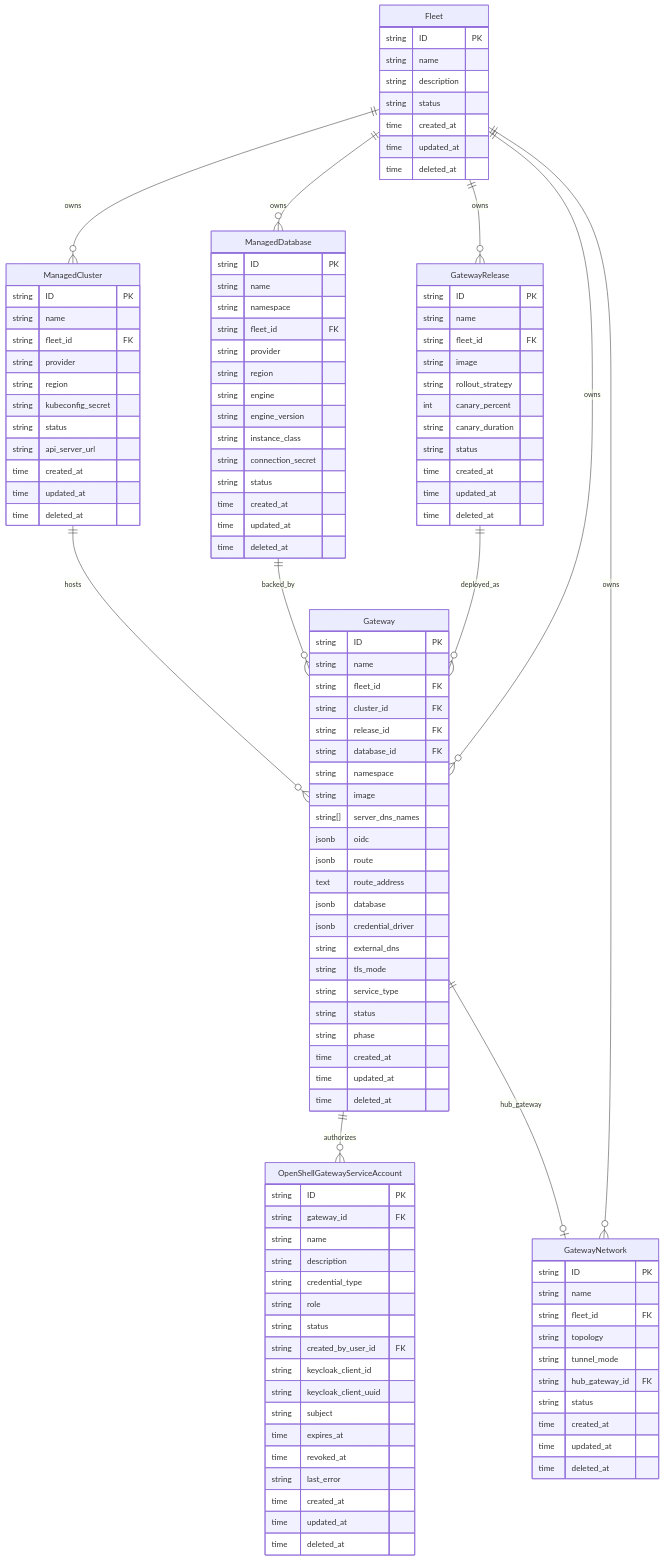
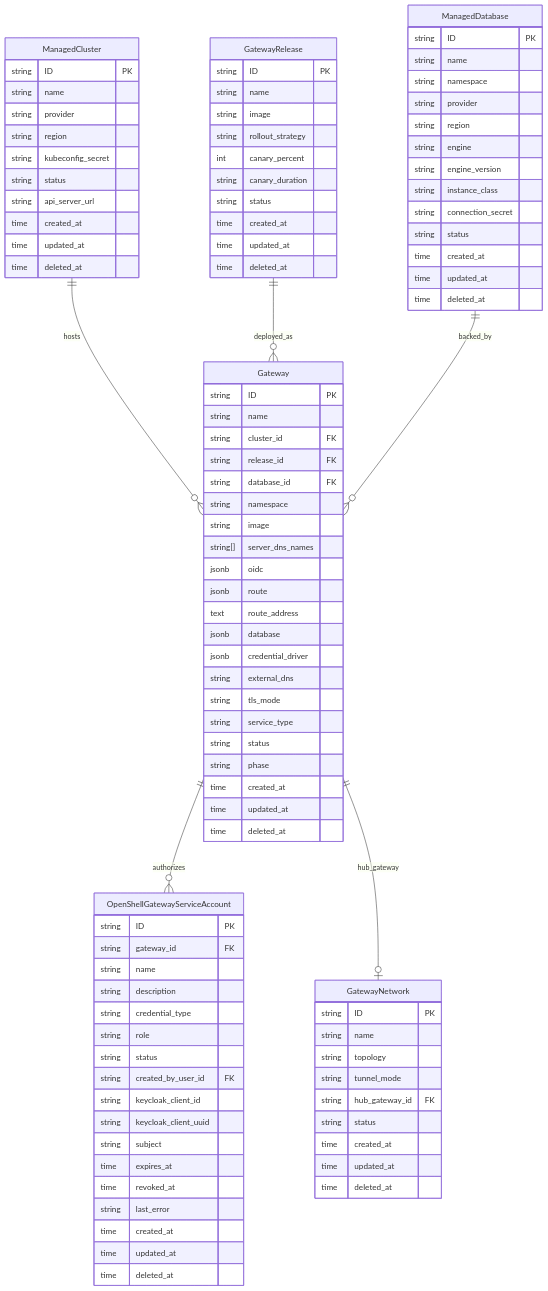
Before and after one commit to JGiola/hypershell: the diagram in specs/platform/data-model.spec.md, drawn with Mermaid. The commit also changed other lines of this file and 256 other files, not shown here.

````diff
--- a/specs/platform/data-model.spec.md
+++ b/specs/platform/data-model.spec.md
@@ -24,20 +23,9 @@
 ```mermaid
 erDiagram
-
-    Fleet {
-        string ID PK
-        string name
-        string description
-        string status
-        time created_at
-        time updated_at
-        time deleted_at
-    }
 
     ManagedCluster {
         string ID PK
         string name
-        string fleet_id FK
         string provider
         string region
         string kubeconfig_secret
@@ -52,7 +40,6 @@
         string ID PK
         string name
         string namespace
-        string fleet_id FK
         string provider
         string region
         string engine
@@ -68,7 +55,6 @@
     GatewayRelease {
         string ID PK
         string name
-        string fleet_id FK
         string image
         string rollout_strategy
         int canary_percent
@@ -82,7 +68,6 @@
     Gateway {
         string ID PK
         string name
-        string fleet_id FK
         string cluster_id FK
         string release_id FK
         string database_id FK
@@ -127,7 +112,6 @@
     GatewayNetwork {
         string ID PK
         string name
-        string fleet_id FK
         string topology
         string tunnel_mode
         string hub_gateway_id FK
@@ -137,12 +121,6 @@
         time deleted_at
     }
 
-    Fleet ||--o{ ManagedCluster : "owns"
-    Fleet ||--o{ ManagedDatabase : "owns"
-    Fleet ||--o{ GatewayRelease : "owns"
-    Fleet ||--o{ Gateway : "owns"
-    Fleet ||--o{ GatewayNetwork : "owns"
-
     ManagedCluster ||--o{ Gateway : "hosts"
     GatewayRelease ||--o{ Gateway : "deployed_as"
     ManagedDatabase ||--o{ Gateway : "backed_by"
````
